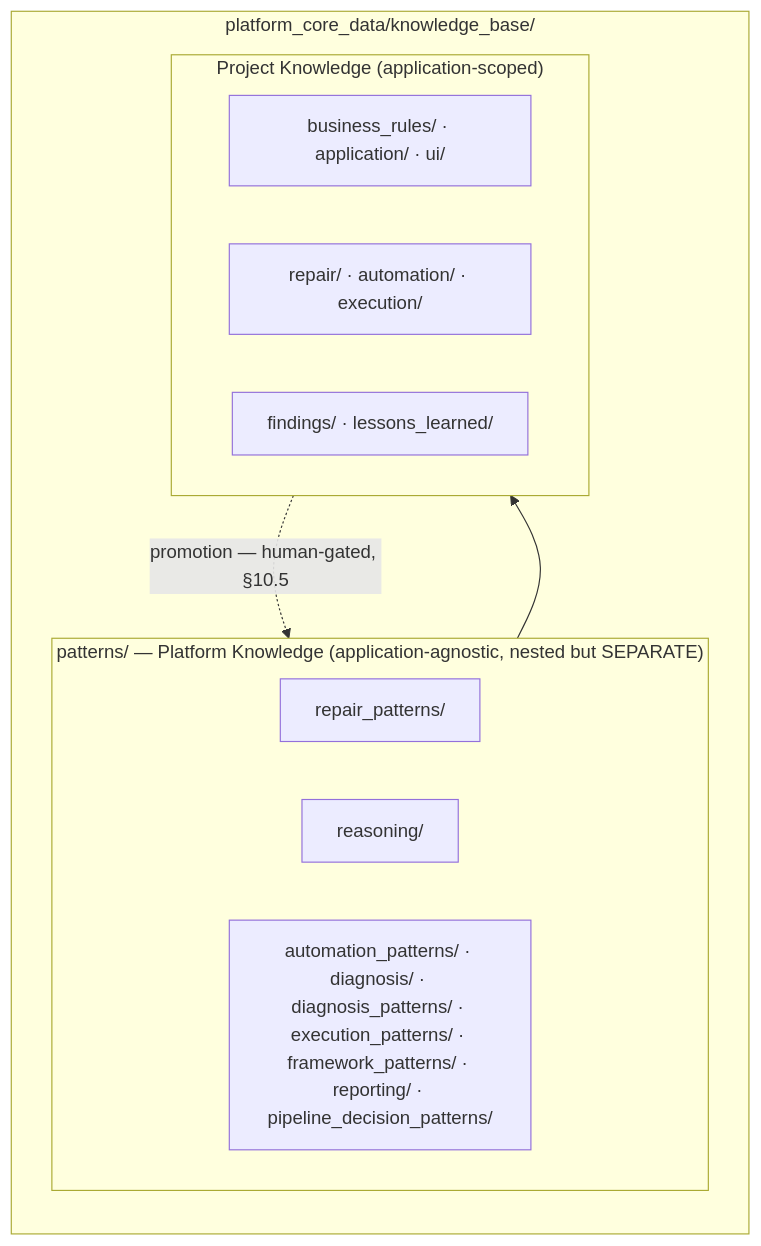
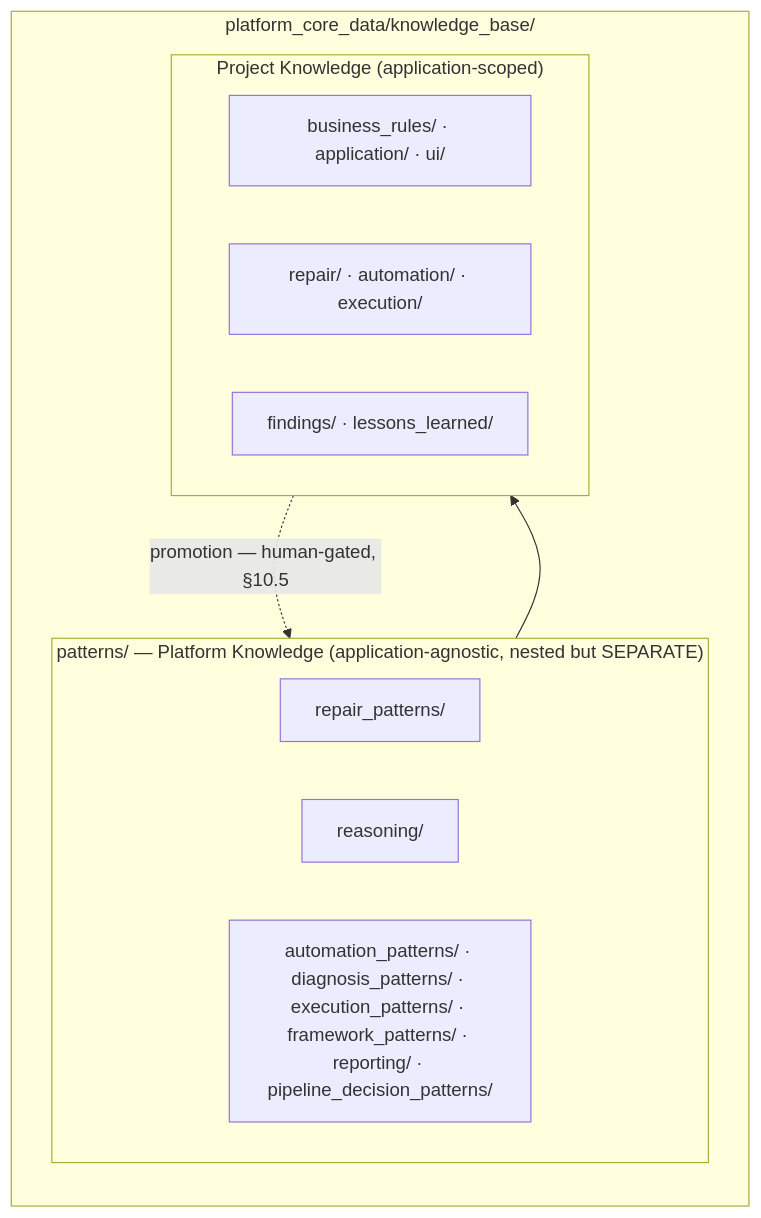
The eighth of 10 diagrams in README.md (HusseinAtaHussein1/AISeatMap), drawn with Mermaid before and after one commit. The commit also changed other lines of this file and 78 other files, not shown here.

````diff
--- a/README.md
+++ b/README.md
@@ -583,18 +585,18 @@
 ```mermaid
 flowchart LR
     subgraph KB["platform_core_data/knowledge_base/"]
         subgraph Platform["patterns/ — Platform Knowledge (application-agnostic, nested but SEPARATE)"]
             RP["repair_patterns/"]
             RS["reasoning/"]
-            OTH["automation_patterns/ · diagnosis/ · diagnosis_patterns/ · execution_patterns/ · framework_patterns/ · reporting/ · pipeline_decision_patterns/"]
+            OTH["automation_patterns/ · diagnosis_patterns/ · execution_patterns/ · framework_patterns/ · reporting/ · pipeline_decision_patterns/"]
         end
         subgraph ProjA["Project Knowledge (application-scoped)"]
             A1["business_rules/ · application/ · ui/"]
             A2["repair/ · automation/ · execution/"]
             A3["findings/ · lessons_learned/"]
         end
     end
 
     Platform --> ProjA
     ProjA -. "promotion — human-gated, §10.5" .-> Platform
 ```
````
